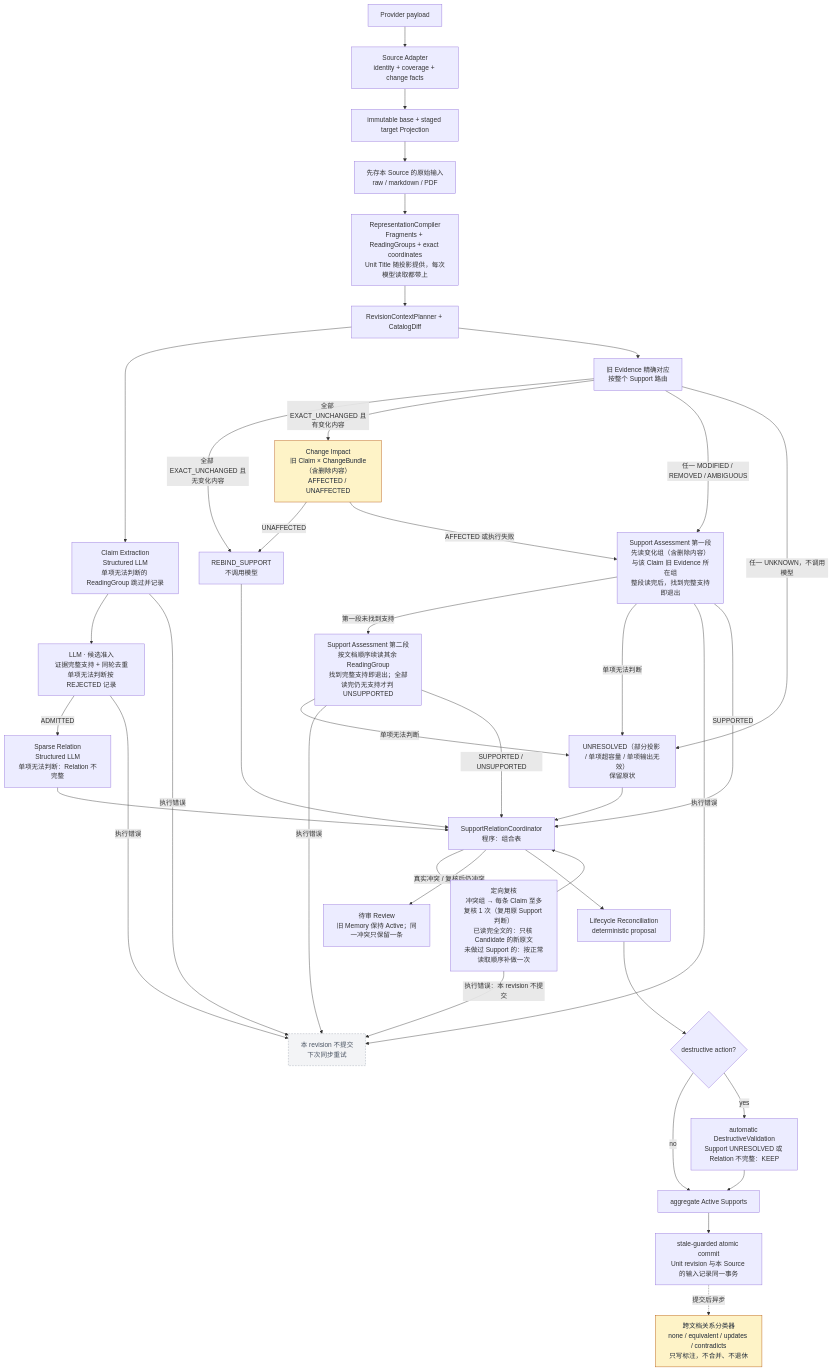
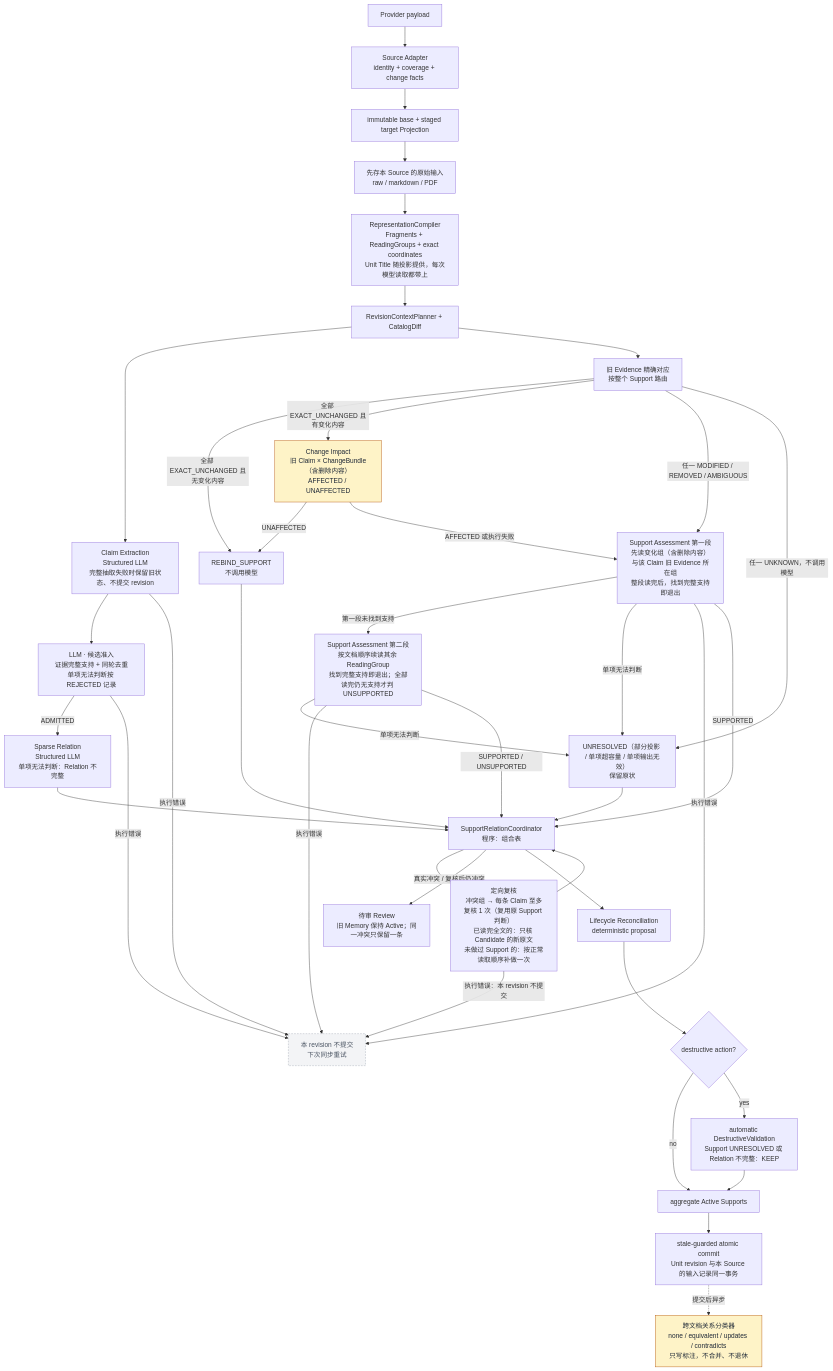
Before and after one commit to shno-labs/mem-forge: the first of 2 diagrams in docs/design/source-sync-to-memory.md, drawn with Mermaid. The commit also changed other lines of this file and 14 other files, not shown here.

````diff
--- a/docs/design/source-sync-to-memory.md
+++ b/docs/design/source-sync-to-memory.md
@@ -31,76 +31,76 @@
 ```mermaid
 flowchart TD
     A[Provider payload] --> B[Source Adapter
 identity + coverage + change facts]
     B --> C[immutable base + staged target Projection]
     C --> SI[先存本 Source 的原始输入
 raw / markdown / PDF]
     SI --> R[RepresentationCompiler
 Fragments + ReadingGroups + exact coordinates
 Unit Title 随投影提供，每次模型读取都带上]
     R --> D[RevisionContextPlanner + CatalogDiff]
     D --> E[Claim Extraction
 Structured LLM
-单项无法判断的 ReadingGroup 跳过并记录]
+完整抽取失败时保留旧状态、不提交 revision]
     E --> G[LLM · 候选准入
 证据完整支持 + 同轮去重
 单项无法判断按 REJECTED 记录]
     G -->|ADMITTED| H[Sparse Relation
 Structured LLM
 单项无法判断：Relation 不完整]
     D --> P[旧 Evidence 精确对应
 按整个 Support 路由]
     P -->|全部 EXACT_UNCHANGED 且无变化内容| RB[REBIND_SUPPORT
 不调用模型]
     P -->|全部 EXACT_UNCHANGED 且有变化内容| Y[Change Impact
 旧 Claim × ChangeBundle（含删除内容）
 AFFECTED / UNAFFECTED]
     Y -->|UNAFFECTED| RB
     Y -->|AFFECTED 或执行失败| F1[Support Assessment 第一段
 先读变化组（含删除内容）与该 Claim 旧 Evidence 所在组
 整段读完后，找到完整支持即退出]
     P -->|任一 MODIFIED / REMOVED / AMBIGUOUS| F1
     F1 -->|第一段未找到支持| F2[Support Assessment 第二段
 按文档顺序续读其余 ReadingGroup
 找到完整支持即退出；全部读完仍无支持才判 UNSUPPORTED]
     P -->|任一 UNKNOWN，不调用模型| U[UNRESOLVED（部分投影 / 单项超容量 / 单项输出无效）
 保留原状]
     F1 -->|单项无法判断| U
     F2 -->|单项无法判断| U
     F1 -->|执行错误| XF[本 revision 不提交
 下次同步重试]
     F2 -->|执行错误| XF
     E -->|执行错误| XF
     G -->|执行错误| XF
     RB --> CO[SupportRelationCoordinator
 程序：组合表]
     F1 -->|SUPPORTED| CO
     F2 -->|SUPPORTED / UNSUPPORTED| CO
     U --> CO
     H --> CO
     CO --> RC[定向复核
 冲突组 → 每条 Claim 至多复核 1 次（复用原 Support 判断）
 已读完全文的：只核 Candidate 的新原文
 未做过 Support 的：按正常读取顺序补做一次]
     RC --> CO
     RC -->|执行错误：本 revision 不提交| XF
     CO -->|真实冲突 / 复核后仍冲突| RV[待审 Review
 旧 Memory 保持 Active；同一冲突只保留一条]
     CO --> I[Lifecycle Reconciliation
 deterministic proposal]
     I --> J{destructive action?}
     J -- no --> L[aggregate Active Supports]
     J -- yes --> K[automatic DestructiveValidation
 Support UNRESOLVED 或 Relation 不完整：KEEP]
     K --> L
     L --> M[stale-guarded atomic commit
 Unit revision 与本 Source 的输入记录同一事务]
     M -.->|提交后异步| XD[跨文档关系分类器
 none / equivalent / updates / contradicts
 只写标注，不合并、不退休]
     classDef decision fill:#fef3c7,stroke:#b45309,color:#1f2937
     class Y decision
     classDef failnote fill:#f3f4f6,stroke:#9ca3af,stroke-dasharray:4 3,color:#4b5563
     class XF failnote
     class XD decision
 ```
````
